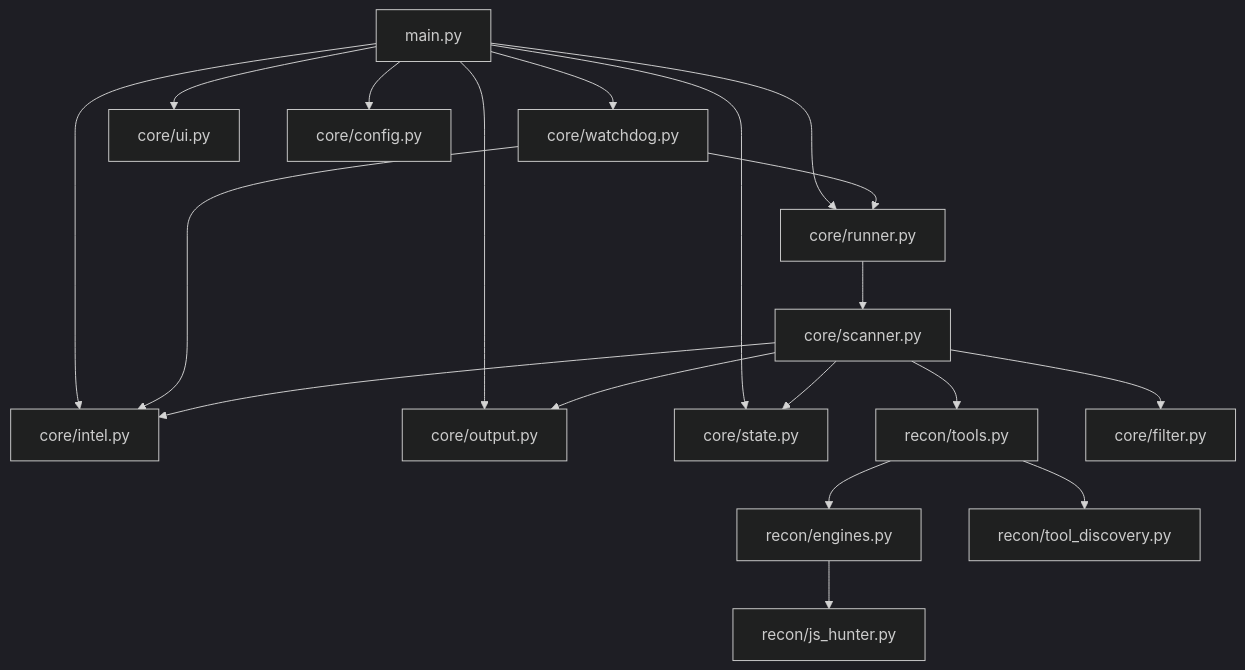
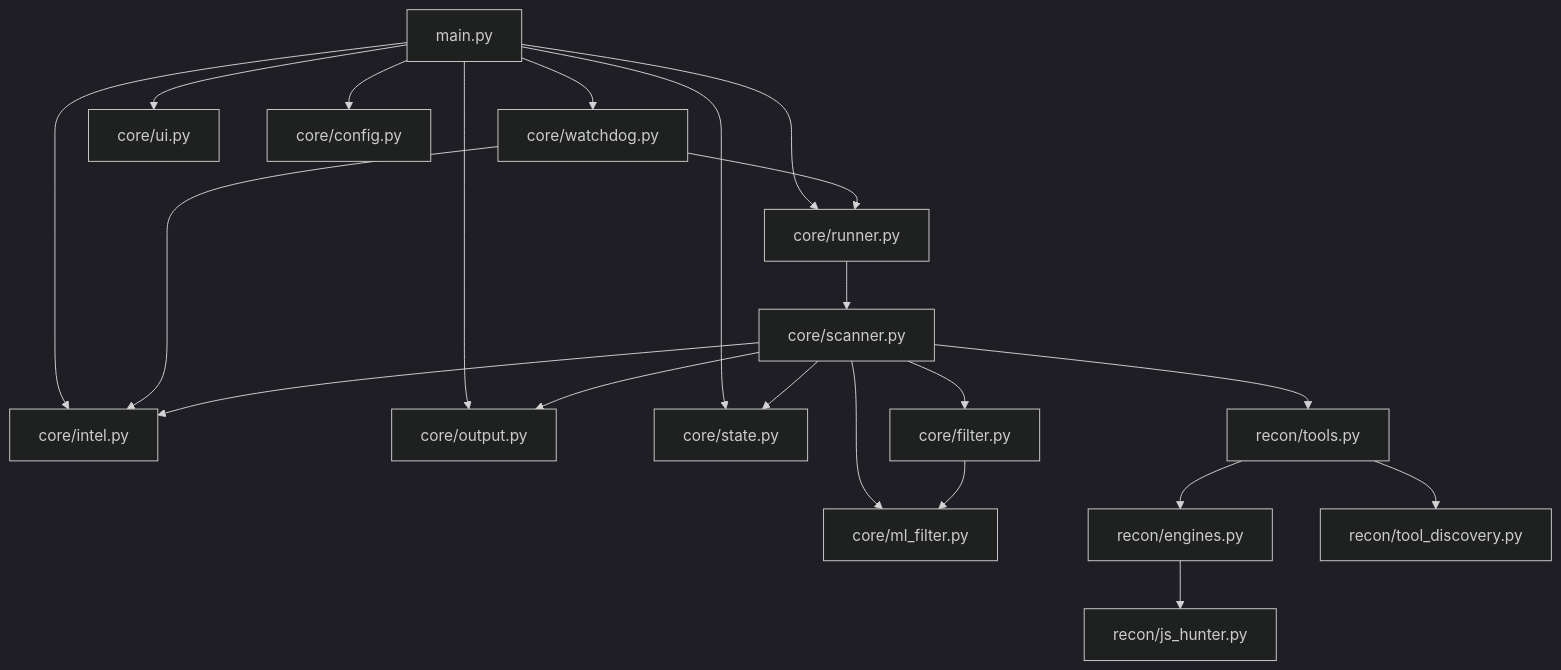
The first of 2 diagrams in docs/temp/architecture_diagram.md (lfsp-git/bug-bounty), drawn with Mermaid (dark theme) before and after one commit. The commit also changed other lines of this file and 12 other files, not shown here.

````diff
--- a/docs/temp/architecture_diagram.md
+++ b/docs/temp/architecture_diagram.md
@@ -5,24 +5,27 @@
 ```mermaid
 graph TD
     CLI[main.py] --> RUN[core/runner.py]
     CLI --> INTEL[core/intel.py]
     CLI --> OUT[core/output.py]
     CLI --> ST[core/state.py]
     CLI --> WD[core/watchdog.py]
     CLI --> UI[core/ui.py]
     CLI --> CFG[core/config.py]
 
     RUN --> SCN[core/scanner.py]
     WD --> RUN
     WD --> INTEL
 
     SCN --> TOOLS[recon/tools.py]
     SCN --> FIL[core/filter.py]
+    SCN --> ML[core/ml_filter.py]
     SCN --> OUT
     SCN --> ST
     SCN --> INTEL
 
     TOOLS --> ENG[recon/engines.py]
     TOOLS --> TD[recon/tool_discovery.py]
     ENG --> JSH[recon/js_hunter.py]
+
+    FIL --> ML
 ```
````
